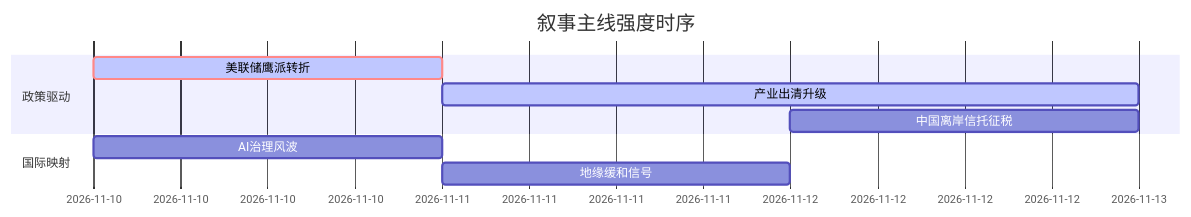
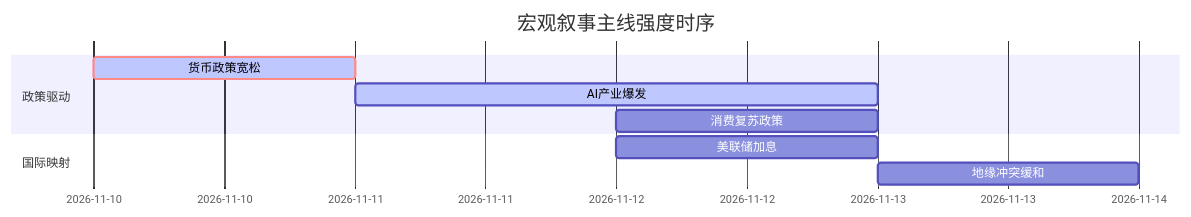
The diagram in 5day_report.md (uu5zn/uu5zn.github.io), drawn with Mermaid before and after one commit. The commit also changed other lines of this file and 23 other files, not shown here.

````diff
--- a/5day_report.md
+++ b/5day_report.md
@@ -48,13 +67,13 @@
 ```mermaid
 gantt
-    title 叙事主线强度时序
+    title 宏观叙事主线强度时序
     dateFormat  YYYY-MM-DD
     section 政策驱动
-    美联储鹰派转折   :crit, active, 2026-11-10, 1d
-    产业出清升级     :active, 2026-11-11, 2d
-    中国离岸信托征税 :2026-11-12, 1d
+    货币政策宽松   :crit, active, 2026-11-10, 1d
+    AI产业爆发   :active, 2026-11-11, 2d
+    消费复苏政策   :2026-11-12, 1d
     
     section 国际映射
-    AI治理风波       :2026-11-10, 1d
-    地缘缓和信号     :2026-11-11, 1d
+    美联储加息   :2026-11-12, 1d
+    地缘冲突缓和   :2026-11-13, 1d
 ```
````
